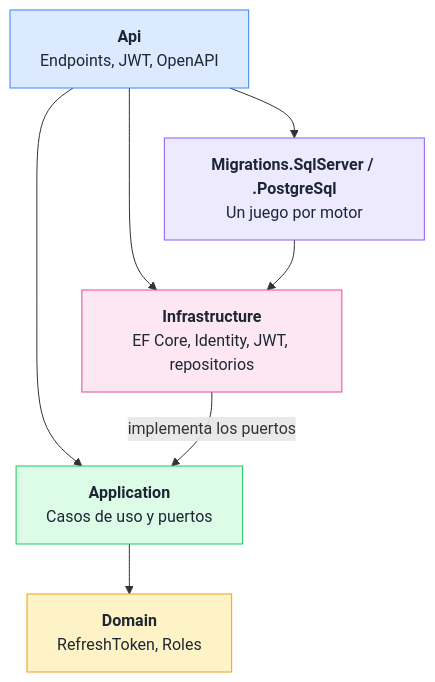
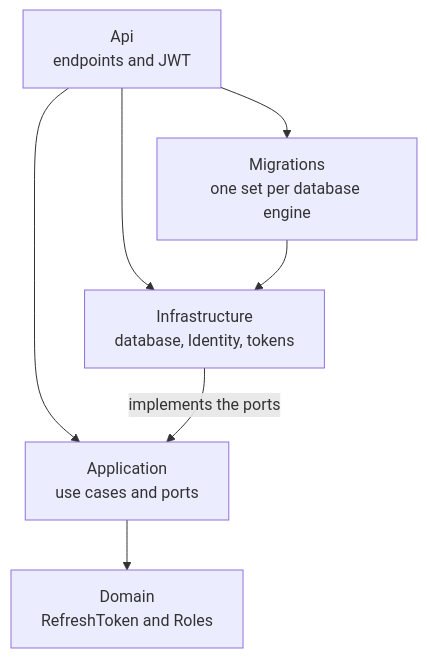
One commit to rafaelm79dev/portfolio-backend changed the first of 2 diagrams in api-users/README.md. Above: the diagram before and after it, drawn with Mermaid. The commit also changed other lines of this file and 1 other file, not shown here.

````diff
--- a/api-users/README.md
+++ b/api-users/README.md
@@ -33,26 +35,15 @@
 ```mermaid
 flowchart TD
-    Api["<b>Api</b><br/>Endpoints, JWT, OpenAPI"]
-    Mig["<b>Migrations.SqlServer / .PostgreSql</b><br/>Un juego por motor"]
-    Infra["<b>Infrastructure</b><br/>EF Core, Identity, JWT, repositorios"]
-    App["<b>Application</b><br/>Casos de uso y puertos"]
-    Dom["<b>Domain</b><br/>RefreshToken, Roles"]
+    Api["Api<br/>endpoints and JWT"]
+    Infra["Infrastructure<br/>database, Identity, tokens"]
+    Mig["Migrations<br/>one set per database engine"]
+    App["Application<br/>use cases and ports"]
+    Dom["Domain<br/>RefreshToken and Roles"]
 
     Api --> App
     Api --> Infra
     Api --> Mig
     Mig --> Infra
-    Infra -->|implementa los puertos| App
+    Infra -->|implements the ports| App
     App --> Dom
-
-    classDef api fill:#dbeafe,stroke:#3b82f6,color:#1d2733
-    classDef app fill:#dcfce7,stroke:#22c55e,color:#1d2733
-    classDef dom fill:#fef3c7,stroke:#f59e0b,color:#1d2733
-    classDef inf fill:#fce7f3,stroke:#ec4899,color:#1d2733
-    classDef mig fill:#ede9fe,stroke:#8b5cf6,color:#1d2733
-    class Api api
-    class App app
-    class Dom dom
-    class Infra inf
-    class Mig mig
 ```
````
